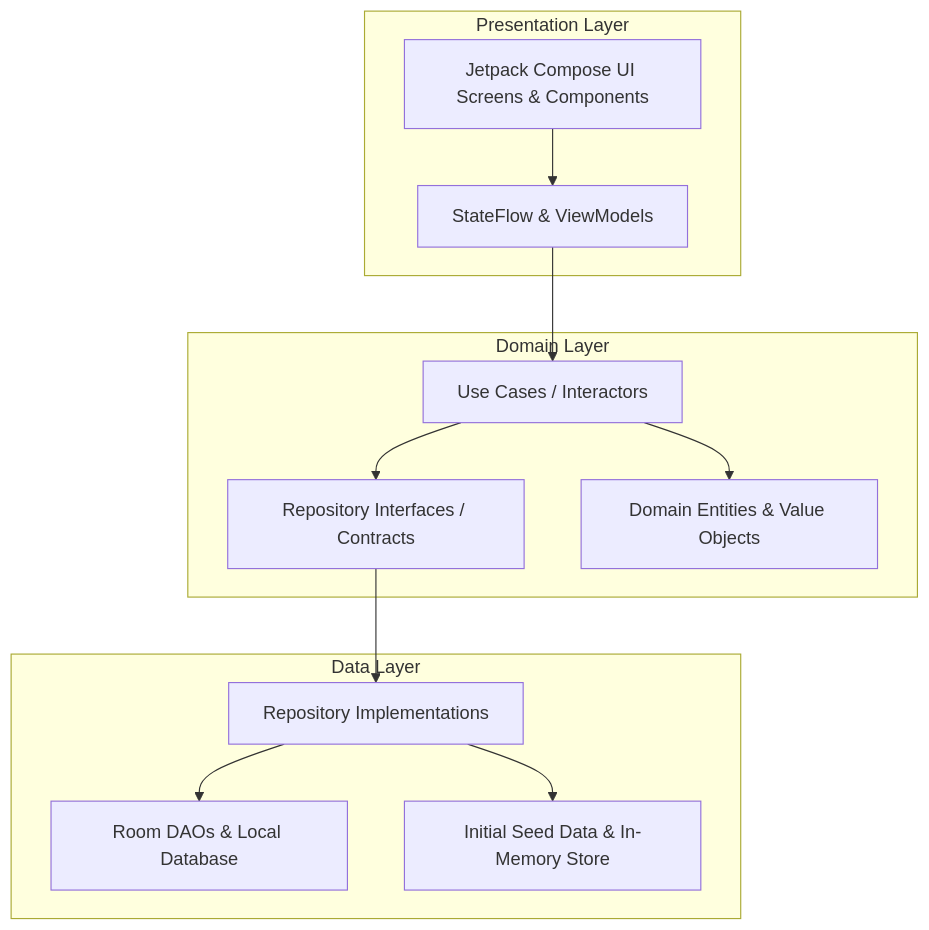
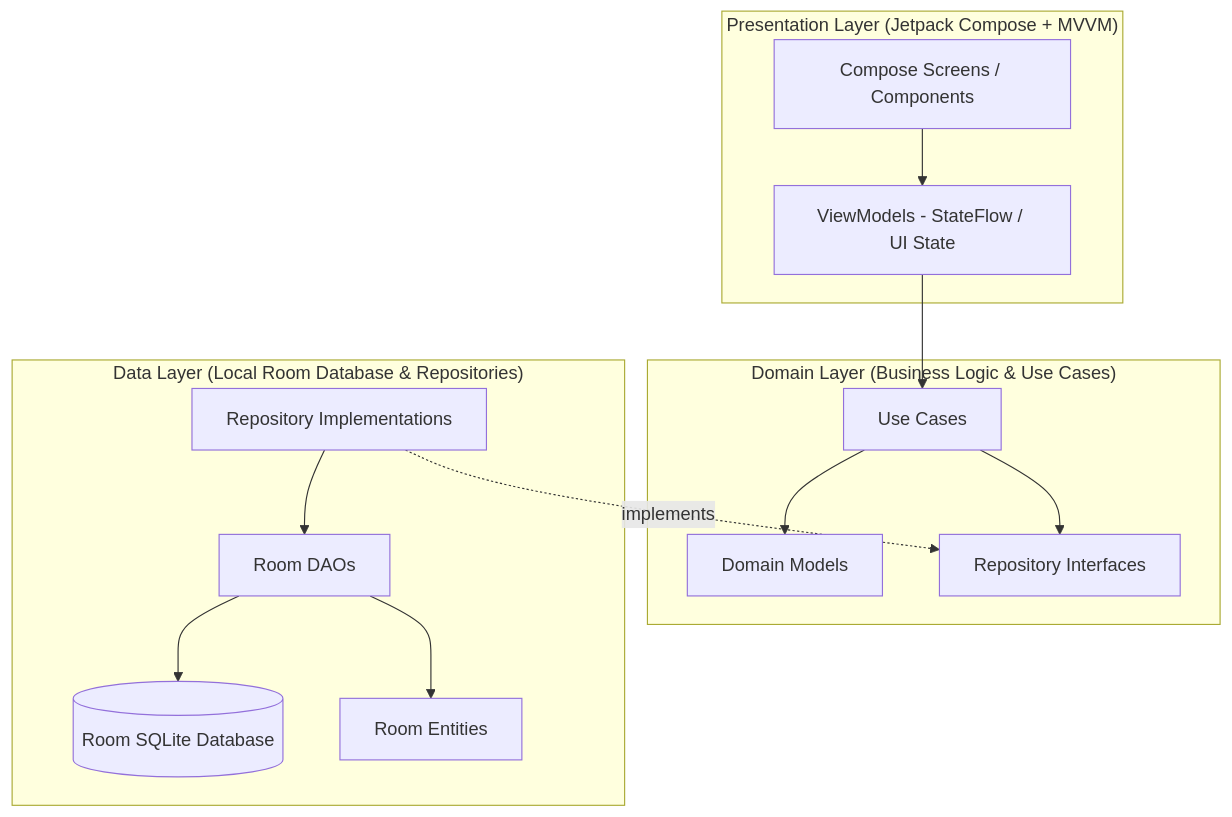
One commit to priyankapriyanka3/ecommerce-capstone changed the first of 2 diagrams in README.md. Above: the diagram before and after it, drawn with Mermaid. The commit also changed other lines of this file, not shown here.

First line of the commit message:
docs: enrich README with accurate version badges, breakpoint details, and schema corrections

````diff
--- a/README.md
+++ b/README.md
@@ -53,18 +58,29 @@
 ```mermaid
 graph TD
-    subgraph Presentation Layer
-        UI[Jetpack Compose UI Screens & Components] --> VM[StateFlow & ViewModels]
+    subgraph UI ["Presentation Layer (Jetpack Compose + MVVM)"]
+        UI_Screens[Compose Screens / Components]
+        UI_VM[ViewModels - StateFlow / UI State]
     end
 
-    subgraph Domain Layer
-        VM --> UC[Use Cases / Interactors]
-        UC --> R_Interface[Repository Interfaces / Contracts]
-        UC --> DomainModels[Domain Entities & Value Objects]
+    subgraph Domain ["Domain Layer (Business Logic & Use Cases)"]
+        UC[Use Cases]
+        M[Domain Models]
+        RI[Repository Interfaces]
     end
 
-    subgraph Data Layer
-        R_Interface --> R_Impl[Repository Implementations]
-        R_Impl --> RoomDAO[Room DAOs & Local Database]
-        R_Impl --> Seed[Initial Seed Data & In-Memory Store]
+    subgraph Data ["Data Layer (Local Room Database & Repositories)"]
+        R_Impl[Repository Implementations]
+        Room_DB[(Room SQLite Database)]
+        DAOs[Room DAOs]
+        Entities[Room Entities]
     end
+
+    UI_Screens --> UI_VM
+    UI_VM --> UC
+    UC --> RI
+    UC --> M
+    R_Impl -.->|implements| RI
+    R_Impl --> DAOs
+    DAOs --> Room_DB
+    DAOs --> Entities
 ```
````
